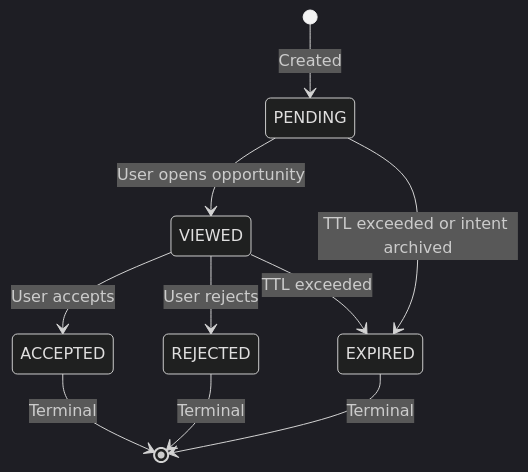
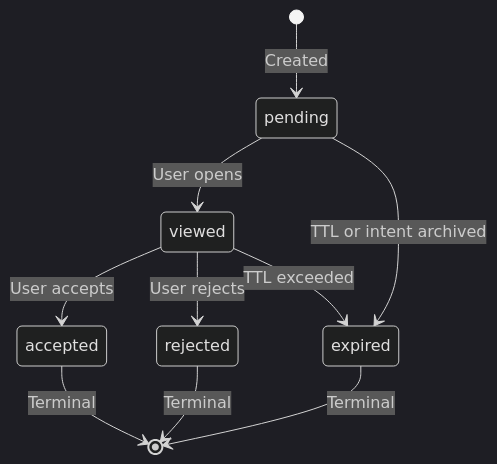
One commit to yanekyuk/index changed the seventh of 7 diagrams in protocol/plans/opportunity-redesign-plan.md. Above: the diagram before and after it, drawn with Mermaid (dark theme). The commit also changed other lines of this file, not shown here.

First line of the commit message:
docs(opportunity): rewrite opportunity redesign plan to v2.0

````diff
--- a/protocol/plans/opportunity-redesign-plan.md
+++ b/protocol/plans/opportunity-redesign-plan.md
@@ -1588,12 +1124,12 @@
 ```mermaid
 stateDiagram-v2
-    [*] --> PENDING: Created
-    PENDING --> VIEWED: User opens opportunity
-    PENDING --> EXPIRED: TTL exceeded or intent archived
-    VIEWED --> ACCEPTED: User accepts
-    VIEWED --> REJECTED: User rejects
-    VIEWED --> EXPIRED: TTL exceeded
-    ACCEPTED --> [*]: Terminal
-    REJECTED --> [*]: Terminal
-    EXPIRED --> [*]: Terminal
+    [*] --> pending: Created
+    pending --> viewed: User opens
+    pending --> expired: TTL or intent archived
+    viewed --> accepted: User accepts
+    viewed --> rejected: User rejects
+    viewed --> expired: TTL exceeded
+    accepted --> [*]: Terminal
+    rejected --> [*]: Terminal
+    expired --> [*]: Terminal
 ```
````
